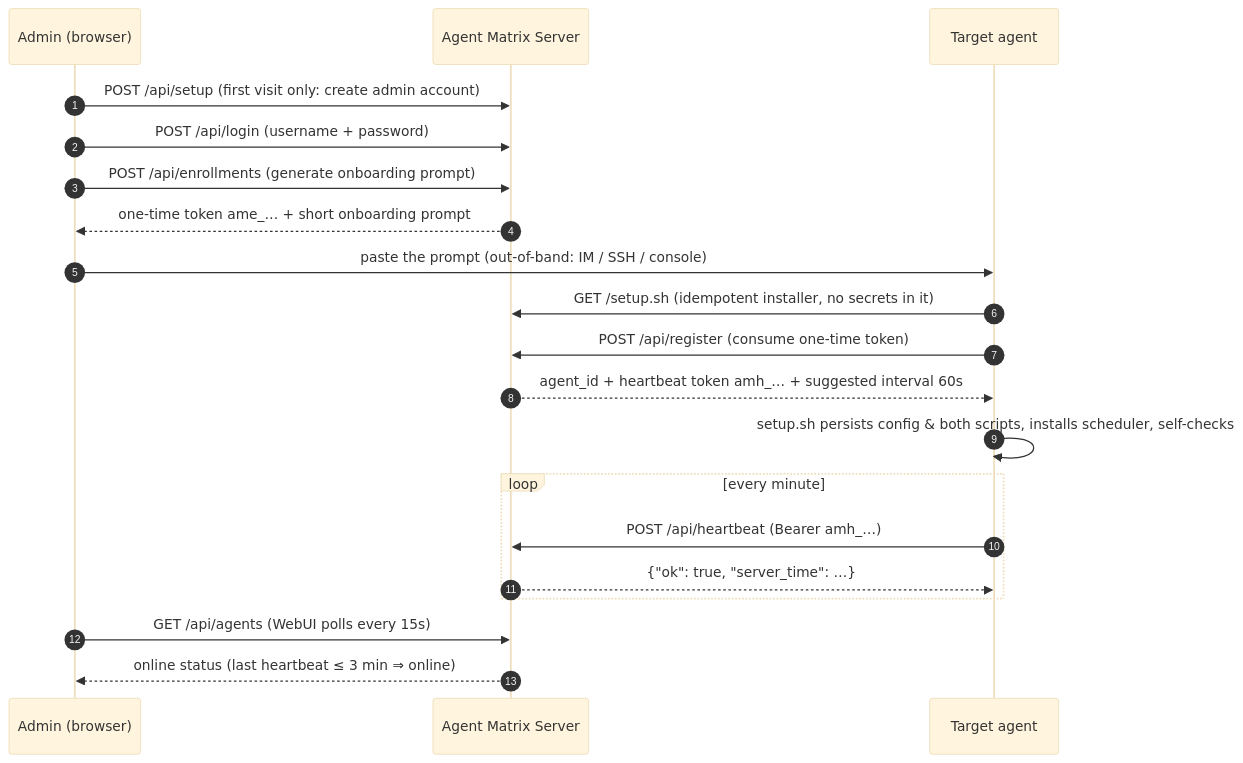
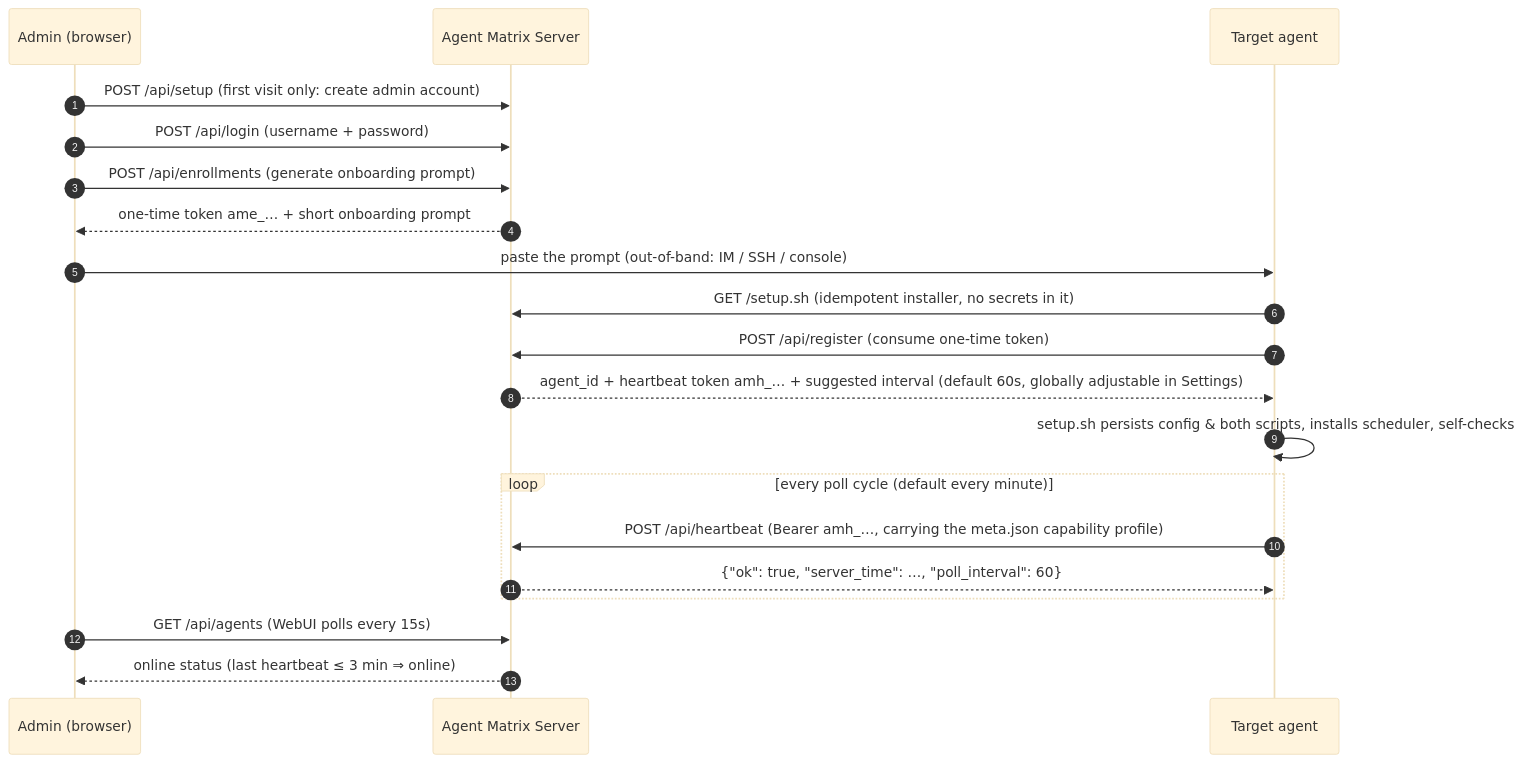
The third of 5 diagrams in README.en.md (HankGuo/agent-matrix), drawn with Mermaid (base theme) before and after one commit. The commit also changed other lines of this file and 10 other files, not shown here.

First line of the commit message:
心跳下发全局轮询间隔 + meta.json 画像随心跳上报 + 禁止重名注册 (v0.11.0)

````diff
--- a/README.en.md
+++ b/README.en.md
@@ -104,23 +104,23 @@
 ```mermaid
 sequenceDiagram
     autonumber
     participant A as Admin (browser)
     participant S as Agent Matrix Server
     participant G as Target agent
 
     A->>S: POST /api/setup (first visit only: create admin account)
     A->>S: POST /api/login (username + password)
     A->>S: POST /api/enrollments (generate onboarding prompt)
     S-->>A: one-time token ame_… + short onboarding prompt
     A->>G: paste the prompt (out-of-band: IM / SSH / console)
     G->>S: GET /setup.sh (idempotent installer, no secrets in it)
     G->>S: POST /api/register (consume one-time token)
-    S-->>G: agent_id + heartbeat token amh_… + suggested interval 60s
+    S-->>G: agent_id + heartbeat token amh_… + suggested interval (default 60s, globally adjustable in Settings)
     G->>G: setup.sh persists config & both scripts, installs scheduler, self-checks
-    loop every minute
-        G->>S: POST /api/heartbeat (Bearer amh_…)
-        S-->>G: {"ok": true, "server_time": …}
+    loop every poll cycle (default every minute)
+        G->>S: POST /api/heartbeat (Bearer amh_…, carrying the meta.json capability profile)
+        S-->>G: {"ok": true, "server_time": …, "poll_interval": 60}
     end
     A->>S: GET /api/agents (WebUI polls every 15s)
     S-->>A: online status (last heartbeat ≤ 3 min ⇒ online)
 ```
````
